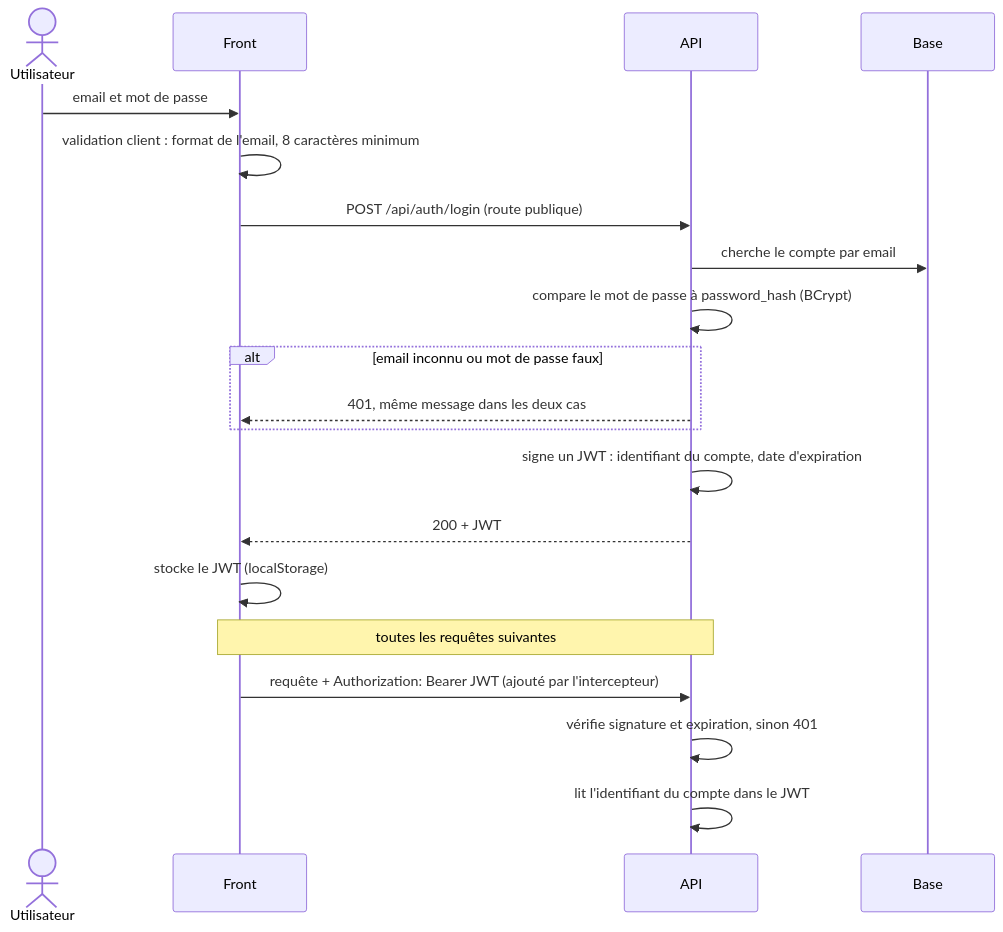
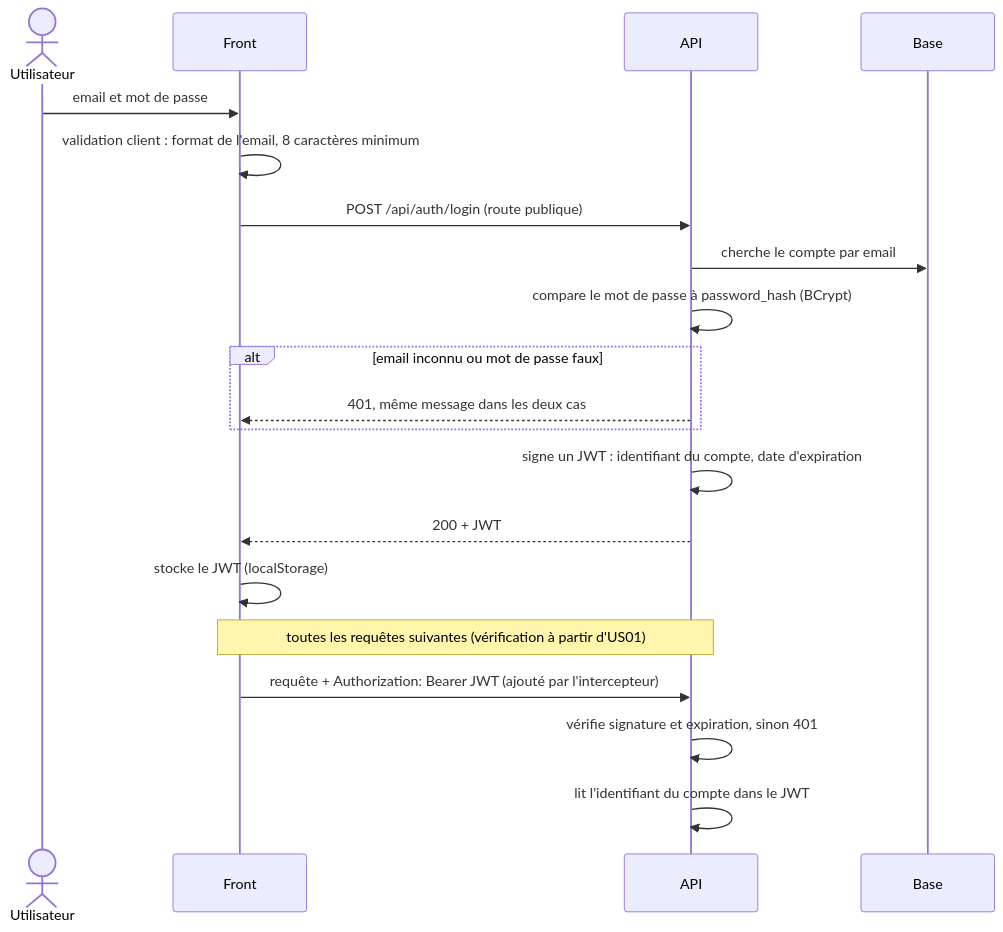
Before and after one commit to younesyousfipro/data-share: the third of 6 diagrams in docs/conception/architecture.md, drawn with Mermaid. The commit also changed other lines of this file and 2 other files, not shown here.

Commit message:
docs: update architecture, README and TESTING for US04 login

````diff
--- a/docs/conception/architecture.md
+++ b/docs/conception/architecture.md
@@ -206,24 +225,24 @@
 ```mermaid
 sequenceDiagram
   actor U as Utilisateur
   participant F as Front
   participant A as API
   participant B as Base
 
   U->>F: email et mot de passe
   F->>F: validation client : format de l'email, 8 caractères minimum
   F->>A: POST /api/auth/login (route publique)
   A->>B: cherche le compte par email
   A->>A: compare le mot de passe à password_hash (BCrypt)
   alt email inconnu ou mot de passe faux
     A-->>F: 401, même message dans les deux cas
   end
   A->>A: signe un JWT : identifiant du compte, date d'expiration
   A-->>F: 200 + JWT
   F->>F: stocke le JWT (localStorage)
 
-  Note over F,A: toutes les requêtes suivantes
+  Note over F,A: toutes les requêtes suivantes (vérification à partir d'US01)
   F->>A: requête + Authorization: Bearer JWT (ajouté par l'intercepteur)
   A->>A: vérifie signature et expiration, sinon 401
   A->>A: lit l'identifiant du compte dans le JWT
 ```
````
